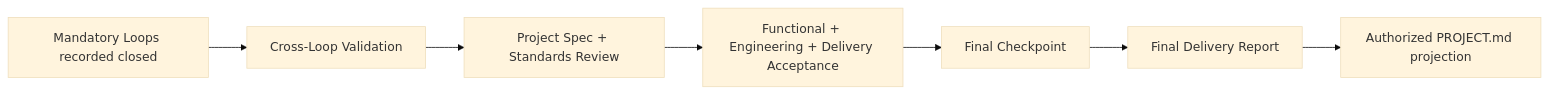
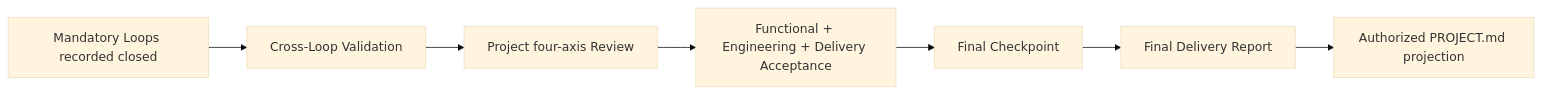
One commit to tutict/LoopPilot changed the first of 5 diagrams in docs/project-closure-and-final-delivery.md. Above: the diagram before and after it, drawn with Mermaid (base theme). The commit also changed other lines of this file and 77 other files, not shown here.

Commit message:
feat: formalize four-axis review and evaluation protocol

````diff
--- a/docs/project-closure-and-final-delivery.md
+++ b/docs/project-closure-and-final-delivery.md
@@ -78,9 +78,9 @@
 ```mermaid
 flowchart LR
     L["Mandatory Loops recorded closed"] --> V["Cross-Loop Validation"]
-    V --> R["Project Spec + Standards Review"]
+    V --> R["Project four-axis Review"]
     R --> A["Functional + Engineering + Delivery Acceptance"]
     A --> C["Final Checkpoint"]
     C --> F["Final Delivery Report"]
     F --> P["Authorized PROJECT.md projection"]
 ```
````
